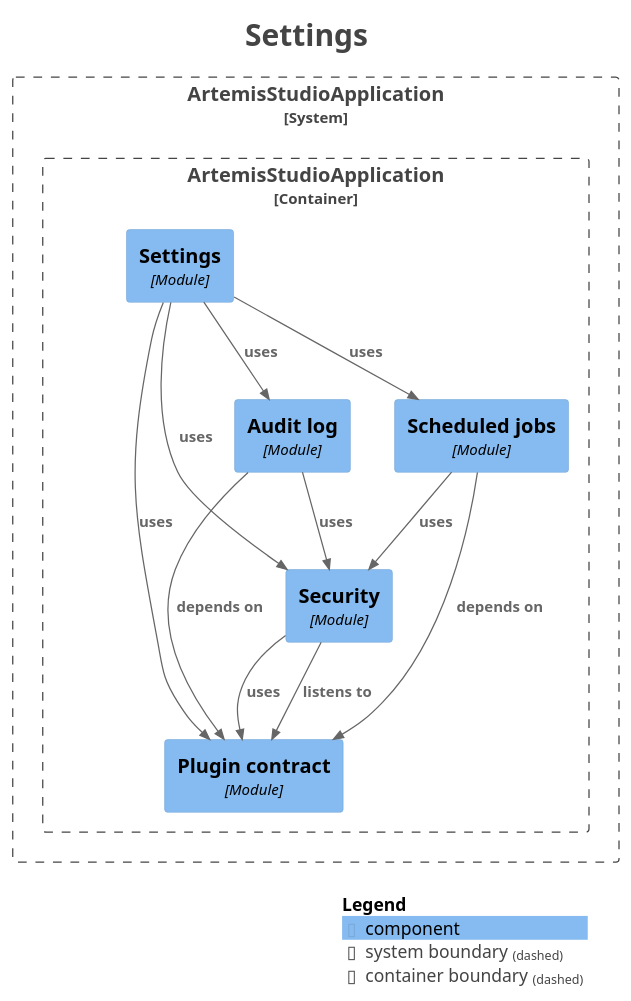
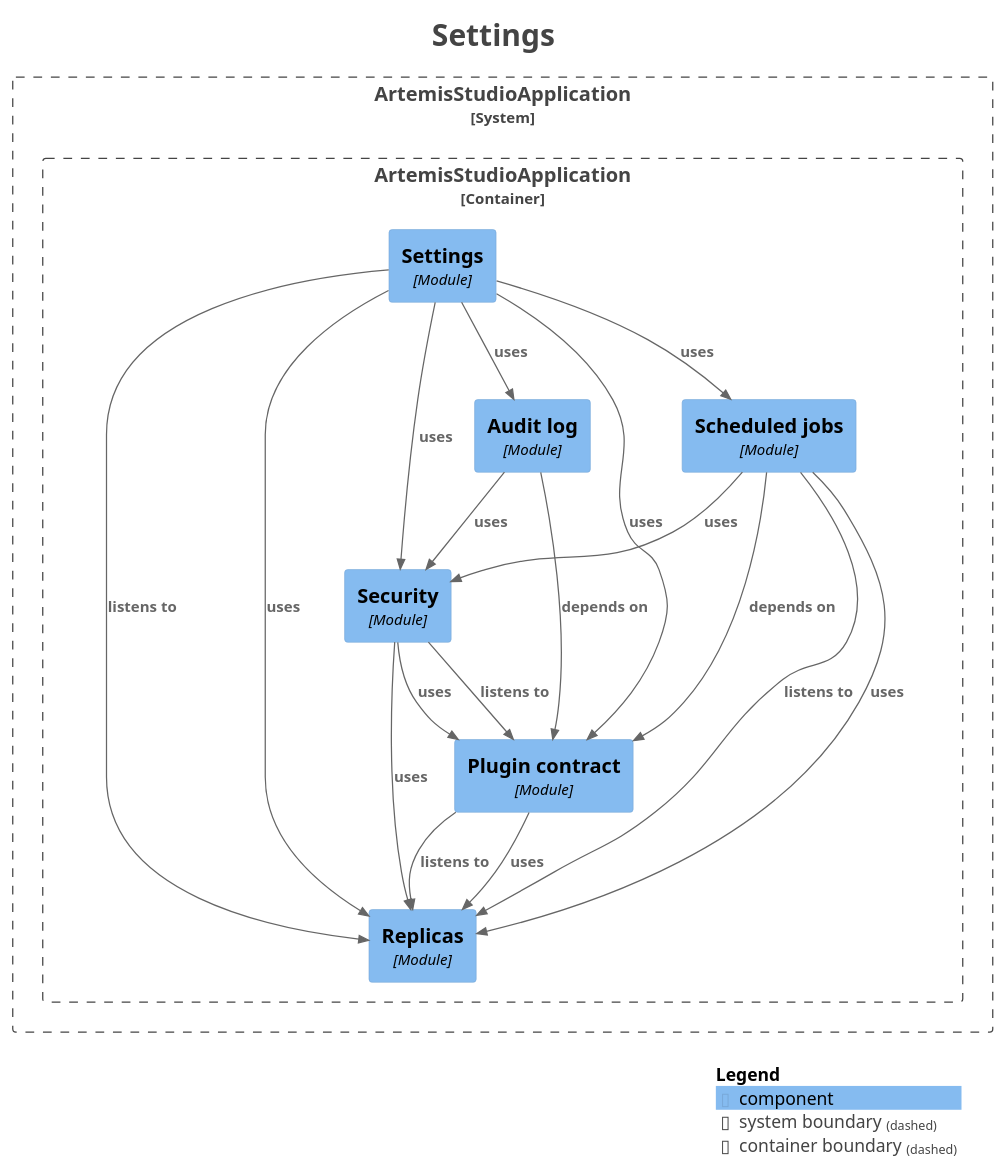
Before and after one commit to sudoitir/artemis-studio: the diagram in docs/modules/module-kernel.settings.puml, drawn with PlantUML. The commit also changed 50 other files, not shown here.

```diff
--- a/docs/modules/module-kernel.settings.puml
+++ b/docs/modules/module-kernel.settings.puml
@@ -1,42 +1,50 @@
 @startuml
 title <size:24>Settings</size>
 
 set separator none
 top to bottom direction
 
 <style>
   root {
     BackgroundColor: #ffffff
     FontColor: #444444
   }
 </style>
 
 !include <C4/C4>
 !include <C4/C4_Context>
 !include <C4/C4_Component>
 
 System_Boundary("ArtemisStudioApplication_boundary", "ArtemisStudioApplication", $tags="") {
   Container_Boundary("ArtemisStudioApplication.ArtemisStudioApplication_boundary", "ArtemisStudioApplication", $tags="") {
+    Component(ArtemisStudioApplication.ArtemisStudioApplication.Settings, "Settings", $techn="Module", $descr="", $tags="", $link="")
+    Component(ArtemisStudioApplication.ArtemisStudioApplication.Replicas, "Replicas", $techn="Module", $descr="", $tags="", $link="")
     Component(ArtemisStudioApplication.ArtemisStudioApplication.Plugincontract, "Plugin contract", $techn="Module", $descr="", $tags="", $link="")
     Component(ArtemisStudioApplication.ArtemisStudioApplication.Security, "Security", $techn="Module", $descr="", $tags="", $link="")
     Component(ArtemisStudioApplication.ArtemisStudioApplication.Auditlog, "Audit log", $techn="Module", $descr="", $tags="", $link="")
     Component(ArtemisStudioApplication.ArtemisStudioApplication.Scheduledjobs, "Scheduled jobs", $techn="Module", $descr="", $tags="", $link="")
-    Component(ArtemisStudioApplication.ArtemisStudioApplication.Settings, "Settings", $techn="Module", $descr="", $tags="", $link="")
   }
 
 }
 
 Rel(ArtemisStudioApplication.ArtemisStudioApplication.Auditlog, ArtemisStudioApplication.ArtemisStudioApplication.Plugincontract, "depends on", $techn="", $tags="", $link="")
 Rel(ArtemisStudioApplication.ArtemisStudioApplication.Auditlog, ArtemisStudioApplication.ArtemisStudioApplication.Security, "uses", $techn="", $tags="", $link="")
+Rel(ArtemisStudioApplication.ArtemisStudioApplication.Plugincontract, ArtemisStudioApplication.ArtemisStudioApplication.Replicas, "listens to", $techn="", $tags="", $link="")
+Rel(ArtemisStudioApplication.ArtemisStudioApplication.Plugincontract, ArtemisStudioApplication.ArtemisStudioApplication.Replicas, "uses", $techn="", $tags="", $link="")
 Rel(ArtemisStudioApplication.ArtemisStudioApplication.Scheduledjobs, ArtemisStudioApplication.ArtemisStudioApplication.Plugincontract, "depends on", $techn="", $tags="", $link="")
+Rel(ArtemisStudioApplication.ArtemisStudioApplication.Scheduledjobs, ArtemisStudioApplication.ArtemisStudioApplication.Replicas, "listens to", $techn="", $tags="", $link="")
+Rel(ArtemisStudioApplication.ArtemisStudioApplication.Scheduledjobs, ArtemisStudioApplication.ArtemisStudioApplication.Replicas, "uses", $techn="", $tags="", $link="")
 Rel(ArtemisStudioApplication.ArtemisStudioApplication.Scheduledjobs, ArtemisStudioApplication.ArtemisStudioApplication.Security, "uses", $techn="", $tags="", $link="")
 Rel(ArtemisStudioApplication.ArtemisStudioApplication.Security, ArtemisStudioApplication.ArtemisStudioApplication.Plugincontract, "listens to", $techn="", $tags="", $link="")
 Rel(ArtemisStudioApplication.ArtemisStudioApplication.Security, ArtemisStudioApplication.ArtemisStudioApplication.Plugincontract, "uses", $techn="", $tags="", $link="")
+Rel(ArtemisStudioApplication.ArtemisStudioApplication.Security, ArtemisStudioApplication.ArtemisStudioApplication.Replicas, "uses", $techn="", $tags="", $link="")
 Rel(ArtemisStudioApplication.ArtemisStudioApplication.Settings, ArtemisStudioApplication.ArtemisStudioApplication.Auditlog, "uses", $techn="", $tags="", $link="")
 Rel(ArtemisStudioApplication.ArtemisStudioApplication.Settings, ArtemisStudioApplication.ArtemisStudioApplication.Plugincontract, "uses", $techn="", $tags="", $link="")
+Rel(ArtemisStudioApplication.ArtemisStudioApplication.Settings, ArtemisStudioApplication.ArtemisStudioApplication.Replicas, "listens to", $techn="", $tags="", $link="")
+Rel(ArtemisStudioApplication.ArtemisStudioApplication.Settings, ArtemisStudioApplication.ArtemisStudioApplication.Replicas, "uses", $techn="", $tags="", $link="")
 Rel(ArtemisStudioApplication.ArtemisStudioApplication.Settings, ArtemisStudioApplication.ArtemisStudioApplication.Scheduledjobs, "uses", $techn="", $tags="", $link="")
 Rel(ArtemisStudioApplication.ArtemisStudioApplication.Settings, ArtemisStudioApplication.ArtemisStudioApplication.Security, "uses", $techn="", $tags="", $link="")
 
 SHOW_LEGEND(true)
 hide stereotypes
 @enduml
```
